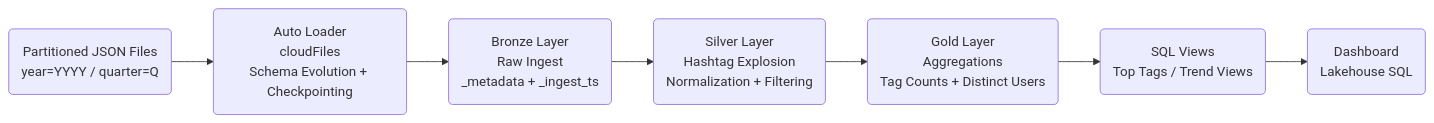
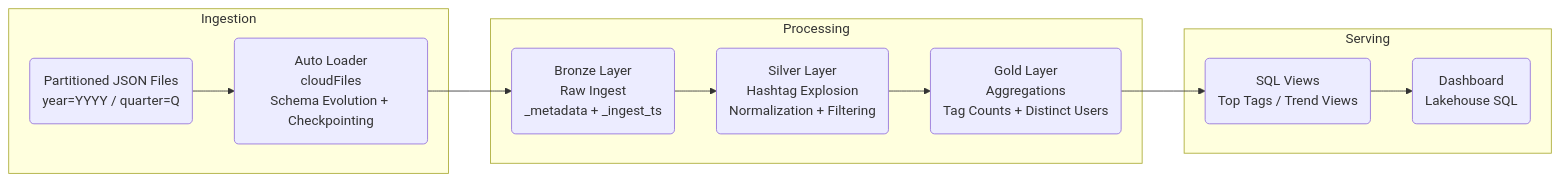
The diagram in README.md (kangaseric4152-max/pinterest_databricks_pipeline_simulation), drawn with Mermaid before and after one commit.

Commit message:
gubraphs

````diff
--- a/README.md
+++ b/README.md
@@ -20,17 +20,19 @@
 ```mermaid
+flowchart LR
+    subgraph Ingestion
+        A(Partitioned JSON Files<br/>year=YYYY / quarter=Q)
+        --> B(Auto Loader<br/>cloudFiles<br/>Schema Evolution + Checkpointing)
+    end
+    
+    subgraph Processing
+        B --> C(Bronze Layer<br/>Raw Ingest<br/>_metadata + _ingest_ts)
+        C --> D(Silver Layer<br/>Hashtag Explosion<br/>Normalization + Filtering)
+        D --> E(Gold Layer<br/>Aggregations<br/>Tag Counts + Distinct Users)
+    end
 
-flowchart LR
+    subgraph Serving
+        E --> F(SQL Views<br/>Top Tags / Trend Views)
+        F --> G(Dashboard<br/>Lakehouse SQL)
+    end
 
-    A(Partitioned JSON Files<br/>year=YYYY / quarter=Q)
-        --> B(Auto Loader<br/>cloudFiles<br/>Schema Evolution + Checkpointing)
-
-    B --> C(Bronze Layer<br/>Raw Ingest<br/>_metadata + _ingest_ts)
-
-    C --> D(Silver Layer<br/>Hashtag Explosion<br/>Normalization + Filtering)
-
-    D --> E(Gold Layer<br/>Aggregations<br/>Tag Counts + Distinct Users)
-
-    E --> F(SQL Views<br/>Top Tags / Trend Views)
-
-    F --> G(Dashboard<br/>Lakehouse SQL)
 ```
````
